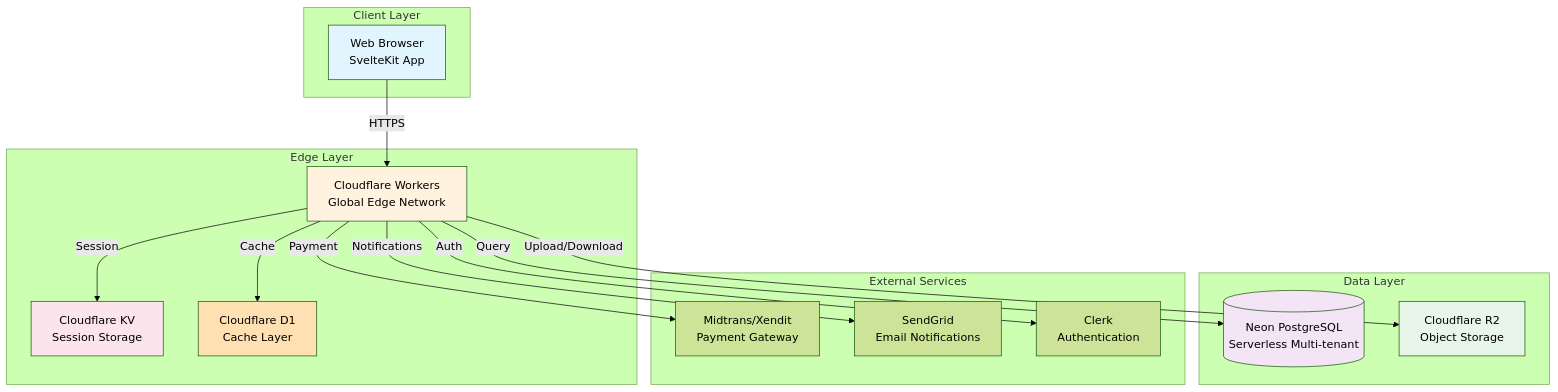
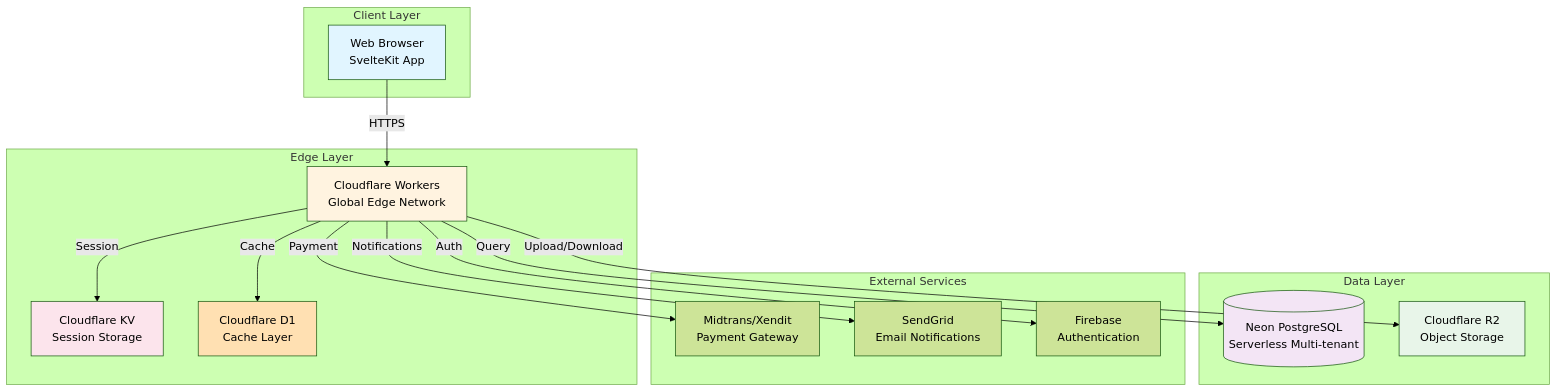
The tenth of 32 diagrams in docs/02. TDD-PPDB-SAAS.md (kodratIT/ppdb-saas), drawn with Mermaid (forest theme) before and after one commit. The commit also changed other lines of this file and 55 other files, not shown here.

````diff
--- a/docs/02. TDD-PPDB-SAAS.md
+++ b/docs/02. TDD-PPDB-SAAS.md
@@ -571,39 +524,39 @@
 ```mermaid
 graph TB
     subgraph "Client Layer"
         WEB[Web Browser<br/>SvelteKit App]
     end
     
     subgraph "Edge Layer"
         CF[Cloudflare Workers<br/>Global Edge Network]
         KV[Cloudflare KV<br/>Session Storage]
         D1[Cloudflare D1<br/>Cache Layer]
     end
     
     subgraph "Data Layer"
         DB[(Neon PostgreSQL<br/>Serverless Multi-tenant)]
         R2[Cloudflare R2<br/>Object Storage]
     end
     
     subgraph "External Services"
         MIDTRANS[Midtrans/Xendit<br/>Payment Gateway]
         EMAIL[SendGrid<br/>Email Notifications]
-        CLERK[Clerk<br/>Authentication]
+        FIREBASE[Firebase<br/>Authentication]
     end
     
     WEB -->|HTTPS| CF
     CF -->|Query| DB
     CF -->|Session| KV
     CF -->|Cache| D1
     CF -->|Upload/Download| R2
     CF -->|Payment| MIDTRANS
     CF -->|Notifications| EMAIL
-    CF -->|Auth| CLERK
+    CF -->|Auth| FIREBASE
     
     style WEB fill:#e1f5ff
     style CF fill:#fff3e0
     style DB fill:#f3e5f5
     style R2 fill:#e8f5e9
     style KV fill:#fce4ec
     style D1 fill:#ffe0b2
 ```
````
